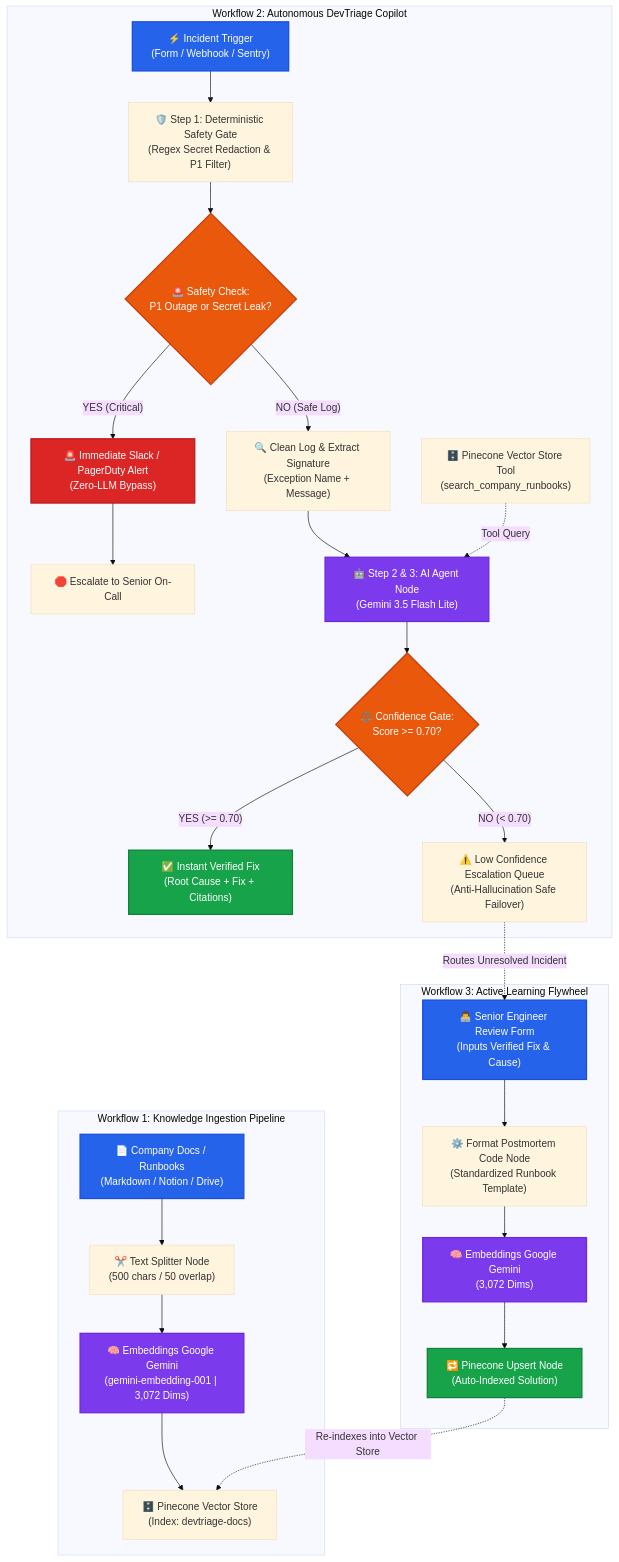
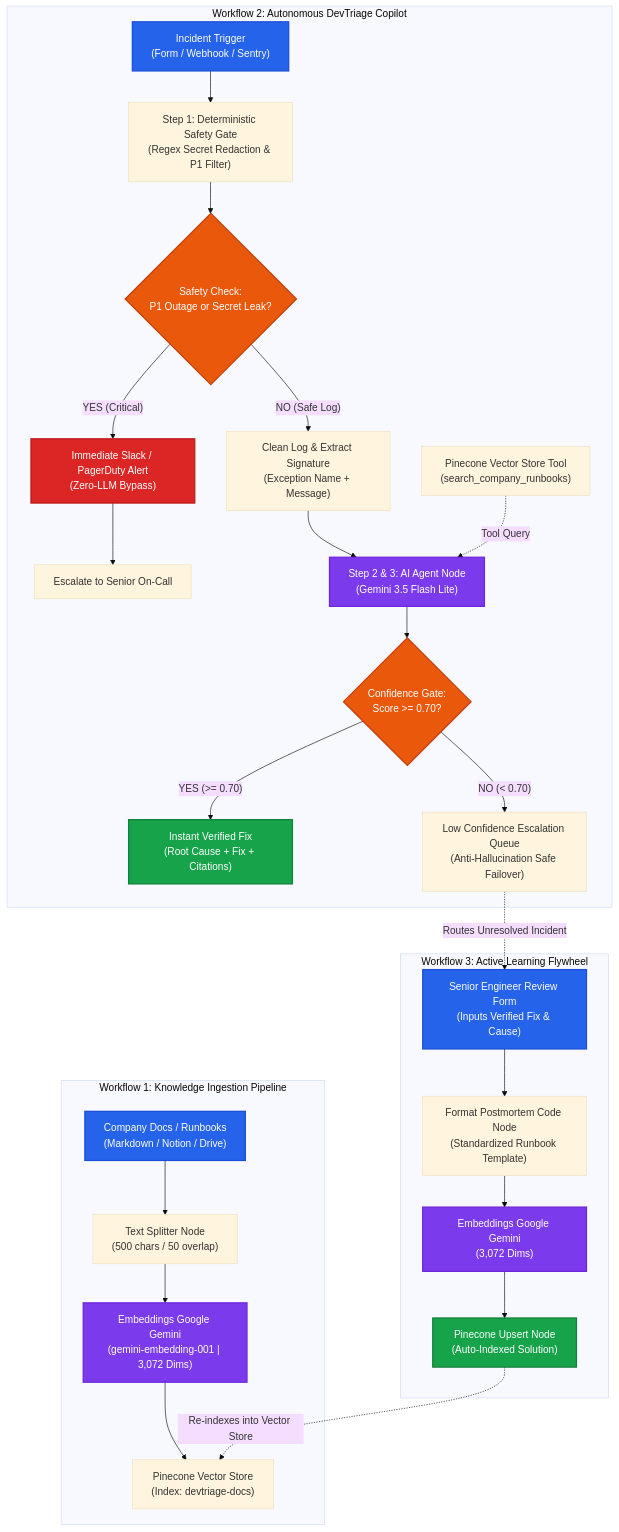
One commit to Jawad-Emre/n8n-Projects changed the diagram in DevTriage/architecture.md. Above: the diagram before and after it, drawn with Mermaid (base theme). The commit also changed other lines of this file and 3 other files, not shown here.

Commit message:
docs: Remove all emojis and format documentation in clean engineering style

````diff
--- a/DevTriage/architecture.md
+++ b/DevTriage/architecture.md
@@ -10,60 +10,60 @@
 ```mermaid
 flowchart TD
     %% Workflow 1
-    subgraph WF1 ["Workflow 1: Knowledge Ingestion Pipeline"]
-        A1["📄 Company Docs / Runbooks<br/>(Markdown / Notion / Drive)"] --> A2["✂️ Text Splitter Node<br/>(500 chars / 50 overlap)"]
-        A2 --> A3["🧠 Embeddings Google Gemini<br/>(gemini-embedding-001 | 3,072 Dims)"]
-        A3 --> A4["🗄️ Pinecone Vector Store<br/>(Index: devtriage-docs)"]
+    subgraph WF1 [Workflow 1: Knowledge Ingestion Pipeline]
+        A1["Company Docs / Runbooks<br/>(Markdown / Notion / Drive)"] --> A2["Text Splitter Node<br/>(500 chars / 50 overlap)"]
+        A2 --> A3["Embeddings Google Gemini<br/>(gemini-embedding-001 | 3,072 Dims)"]
+        A3 --> A4["Pinecone Vector Store<br/>(Index: devtriage-docs)"]
     end
 
     %% Workflow 2
-    subgraph WF2 ["Workflow 2: Autonomous DevTriage Copilot"]
-        B1["⚡ Incident Trigger<br/>(Form / Webhook / Sentry)"] --> B2["🛡️ Step 1: Deterministic Safety Gate<br/>(Regex Secret Redaction & P1 Filter)"]
+    subgraph WF2 [Workflow 2: Autonomous DevTriage Copilot]
+        B1["Incident Trigger<br/>(Form / Webhook / Sentry)"] --> B2["Step 1: Deterministic Safety Gate<br/>(Regex Secret Redaction & P1 Filter)"]
         
-        B2 --> B3{"🚨 Safety Check:<br/>P1 Outage or Secret Leak?"}
+        B2 --> B3{"Safety Check:<br/>P1 Outage or Secret Leak?"}
         
         %% Safety Gate Branches
-        B3 -- "YES (Critical)" --> B4["🚨 Immediate Slack / PagerDuty Alert<br/>(Zero-LLM Bypass)"]
-        B4 --> B5["🛑 Escalate to Senior On-Call"]
+        B3 -- "YES (Critical)" --> B4["Immediate Slack / PagerDuty Alert<br/>(Zero-LLM Bypass)"]
+        B4 --> B5["Escalate to Senior On-Call"]
         
-        B3 -- "NO (Safe Log)" --> B6["🔍 Clean Log & Extract Signature<br/>(Exception Name + Message)"]
+        B3 -- "NO (Safe Log)" --> B6["Clean Log & Extract Signature<br/>(Exception Name + Message)"]
         
         %% Retrieval
-        B6 --> B7["🤖 Step 2 & 3: AI Agent Node<br/>(Gemini 3.5 Flash Lite)"]
-        B8["🗄️ Pinecone Vector Store Tool<br/>(search_company_runbooks)"] -.->|"Tool Query"| B7
+        B6 --> B7["Step 2 & 3: AI Agent Node<br/>(Gemini 3.5 Flash Lite)"]
+        B8["Pinecone Vector Store Tool<br/>(search_company_runbooks)"] -.->|"Tool Query"| B7
         
         %% Confidence Gate
-        B7 --> B9{"⚖️ Confidence Gate:<br/>Score >= 0.70?"}
+        B7 --> B9{"Confidence Gate:<br/>Score >= 0.70?"}
         
         %% High Confidence
-        B9 -- "YES (>= 0.70)" --> B10["✅ Instant Verified Fix<br/>(Root Cause + Fix + Citations)"]
+        B9 -- "YES (>= 0.70)" --> B10["Instant Verified Fix<br/>(Root Cause + Fix + Citations)"]
         
         %% Low Confidence / Escalation
-        B9 -- "NO (< 0.70)" --> B11["⚠️ Low Confidence Escalation Queue<br/>(Anti-Hallucination Safe Failover)"]
+        B9 -- "NO (< 0.70)" --> B11["Low Confidence Escalation Queue<br/>(Anti-Hallucination Safe Failover)"]
     end
 
     %% Connection to Workflow 3
     B11 -.->|"Routes Unresolved Incident"| C1
 
     %% Workflow 3
-    subgraph WF3 ["Workflow 3: Active Learning Flywheel"]
-        C1["👨‍💻 Senior Engineer Review Form<br/>(Inputs Verified Fix & Cause)"] --> C2["⚙️ Format Postmortem Code Node<br/>(Standardized Runbook Template)"]
-        C2 --> C3["🧠 Embeddings Google Gemini<br/>(3,072 Dims)"]
-        C3 --> C4["🔁 Pinecone Upsert Node<br/>(Auto-Indexed Solution)"]
+    subgraph WF3 [Workflow 3: Active Learning Flywheel]
+        C1["Senior Engineer Review Form<br/>(Inputs Verified Fix & Cause)"] --> C2["Format Postmortem Code Node<br/>(Standardized Runbook Template)"]
+        C2 --> C3["Embeddings Google Gemini<br/>(3,072 Dims)"]
+        C3 --> C4["Pinecone Upsert Node<br/>(Auto-Indexed Solution)"]
     end
 
     %% Flywheel Feedback
     C4 -.->|"Re-indexes into Vector Store"| A4
 
     classDef primary fill:#2563eb,stroke:#1d4ed8,stroke-width:2px,color:#fff;
     classDef success fill:#16a34a,stroke:#15803d,stroke-width:2px,color:#fff;
     classDef warning fill:#ea580c,stroke:#c2410c,stroke-width:2px,color:#fff;
     classDef danger fill:#dc2626,stroke:#b91c1c,stroke-width:2px,color:#fff;
     classDef purple fill:#7c3aed,stroke:#6d28d9,stroke-width:2px,color:#fff;
 
     class B1,A1,C1 primary;
     class B10,C4 success;
     class B3,B9 warning;
     class B4 danger;
     class B7,A3,C3 purple;
 ```
````
